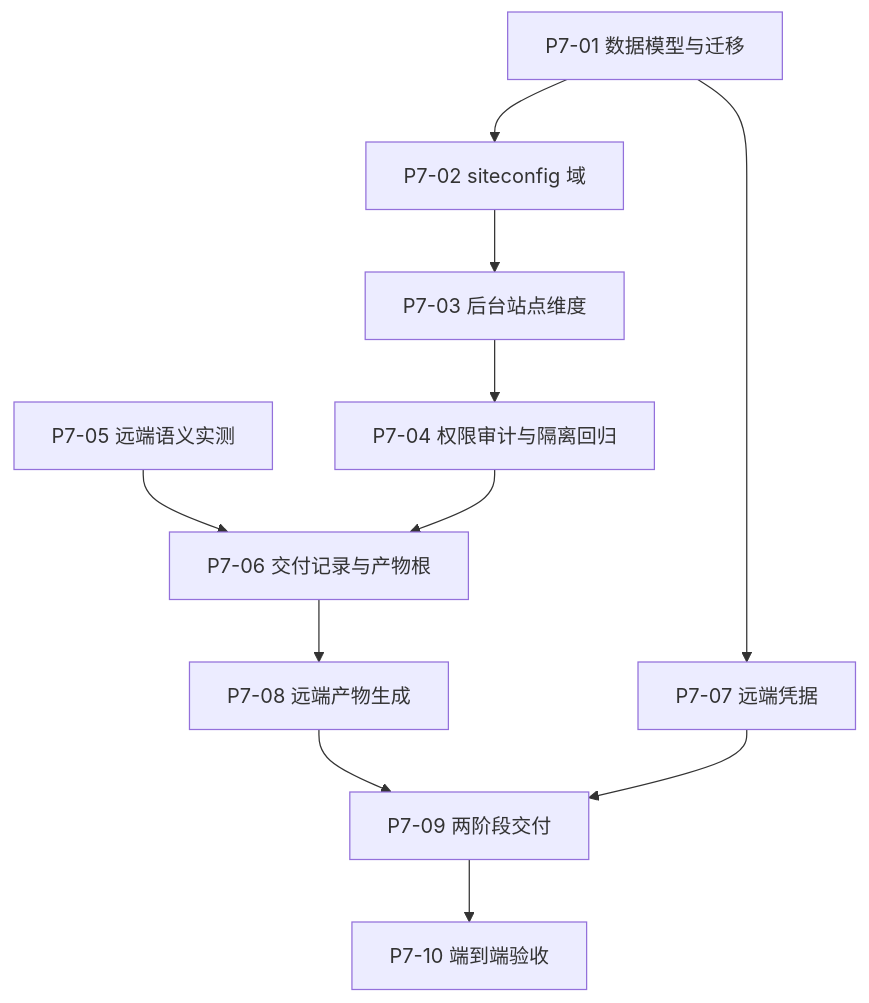
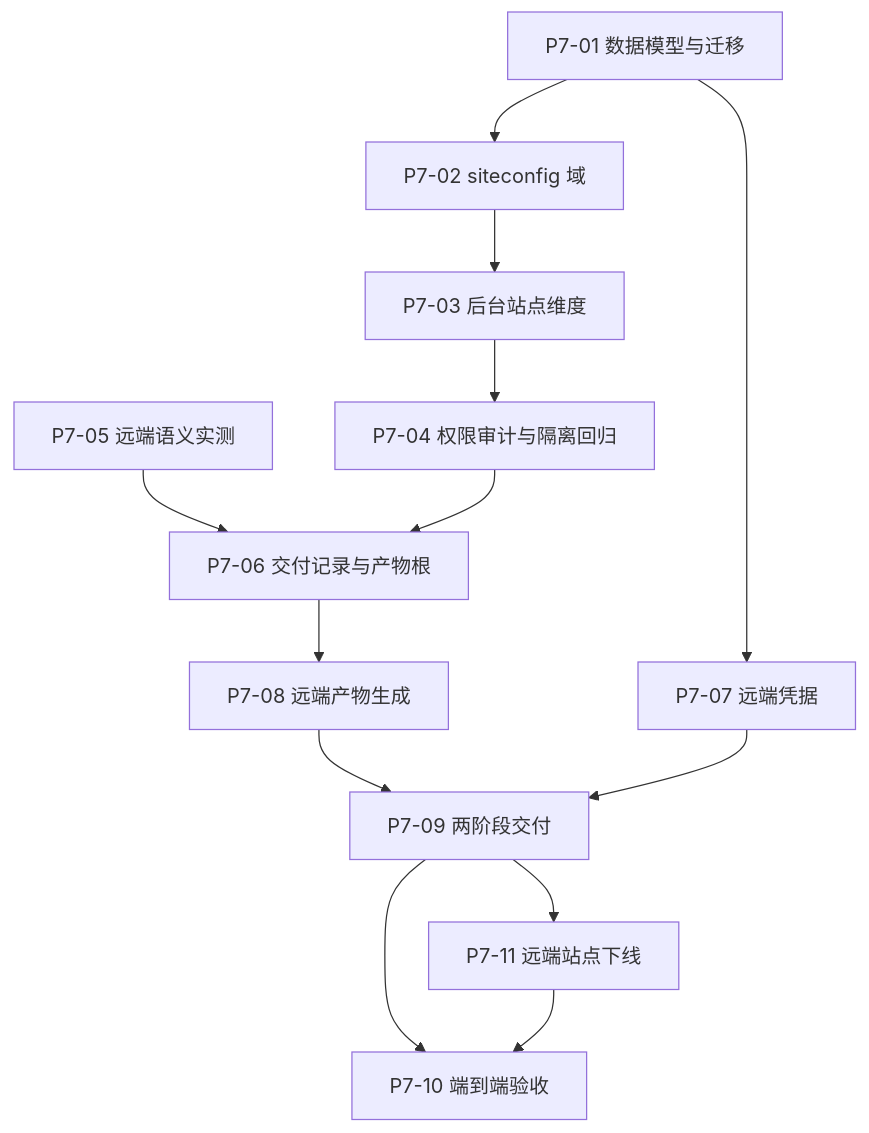
The diagram in docs/tickets/phase-7/README.md (EziosWJ/cms-golang-astro), drawn with Mermaid before and after one commit. The commit also changed other lines of this file and 5 other files, not shown here.

````diff
--- a/docs/tickets/phase-7/README.md
+++ b/docs/tickets/phase-7/README.md
@@ -40,20 +43,23 @@
 ```mermaid
 flowchart TD
   T1["P7-01 数据模型与迁移"]
   T2["P7-02 siteconfig 域"]
   T3["P7-03 后台站点维度"]
   T4["P7-04 权限审计与隔离回归"]
   T5["P7-05 远端语义实测"]
   T6["P7-06 交付记录与产物根"]
   T7["P7-07 远端凭据"]
   T8["P7-08 远端产物生成"]
   T9["P7-09 两阶段交付"]
+  T11["P7-11 远端站点下线"]
   T10["P7-10 端到端验收"]
   T1 --> T2 --> T3 --> T4
   T5 --> T6
   T4 --> T6
   T1 --> T7
   T6 --> T8 --> T9
   T7 --> T9
+  T9 --> T11
   T9 --> T10
+  T11 --> T10
 ```
````
